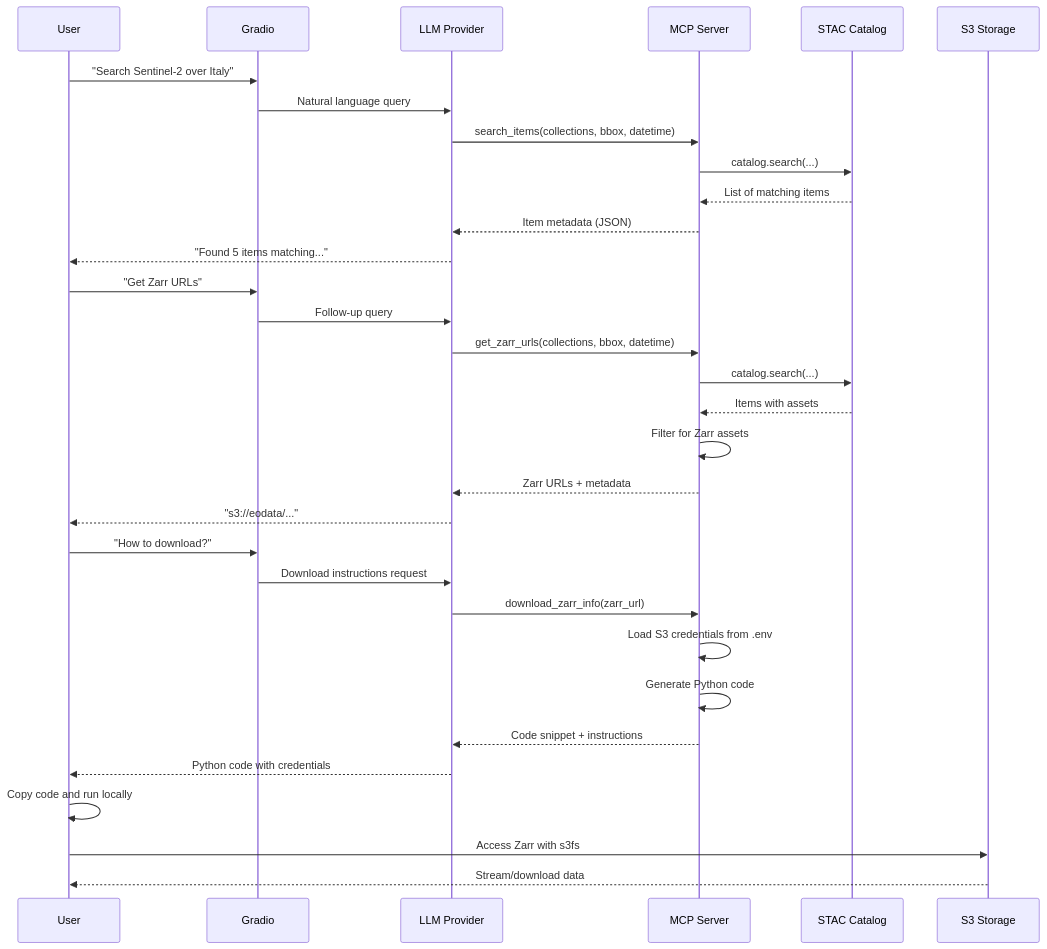
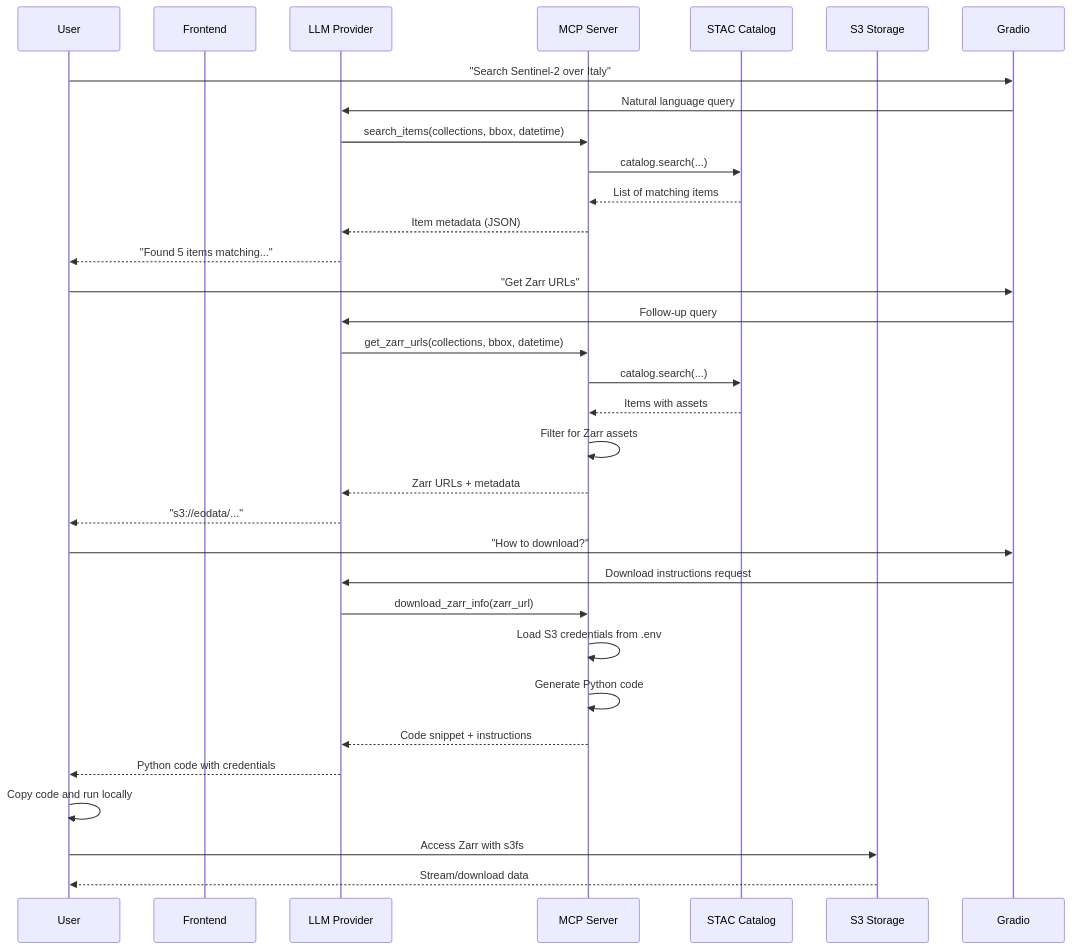
The seventh of 12 diagrams in docs/ARCHITECTURE.md (sebastien-tetaud/eopf-mcp), drawn with Mermaid before and after one commit. The commit also changed 28 other files, not shown here.

````diff
--- a/docs/ARCHITECTURE.md
+++ b/docs/ARCHITECTURE.md
@@ -278,41 +278,41 @@
 ```mermaid
 sequenceDiagram
     participant User
-    participant Gradio
+    participant Frontend
     participant LLM as LLM Provider
     participant MCP as MCP Server
     participant STAC as STAC Catalog
     participant S3 as S3 Storage
 
     User->>Gradio: "Search Sentinel-2 over Italy"
     Gradio->>LLM: Natural language query
 
     LLM->>MCP: search_items(collections, bbox, datetime)
     MCP->>STAC: catalog.search(...)
     STAC-->>MCP: List of matching items
     MCP-->>LLM: Item metadata (JSON)
     LLM-->>User: "Found 5 items matching..."
 
     User->>Gradio: "Get Zarr URLs"
     Gradio->>LLM: Follow-up query
 
     LLM->>MCP: get_zarr_urls(collections, bbox, datetime)
     MCP->>STAC: catalog.search(...)
     STAC-->>MCP: Items with assets
     MCP->>MCP: Filter for Zarr assets
     MCP-->>LLM: Zarr URLs + metadata
     LLM-->>User: "s3://eodata/..."
 
     User->>Gradio: "How to download?"
     Gradio->>LLM: Download instructions request
 
     LLM->>MCP: download_zarr_info(zarr_url)
     MCP->>MCP: Load S3 credentials from .env
     MCP->>MCP: Generate Python code
     MCP-->>LLM: Code snippet + instructions
     LLM-->>User: Python code with credentials
 
     User->>User: Copy code and run locally
     User->>S3: Access Zarr with s3fs
     S3-->>User: Stream/download data
 ```
````
